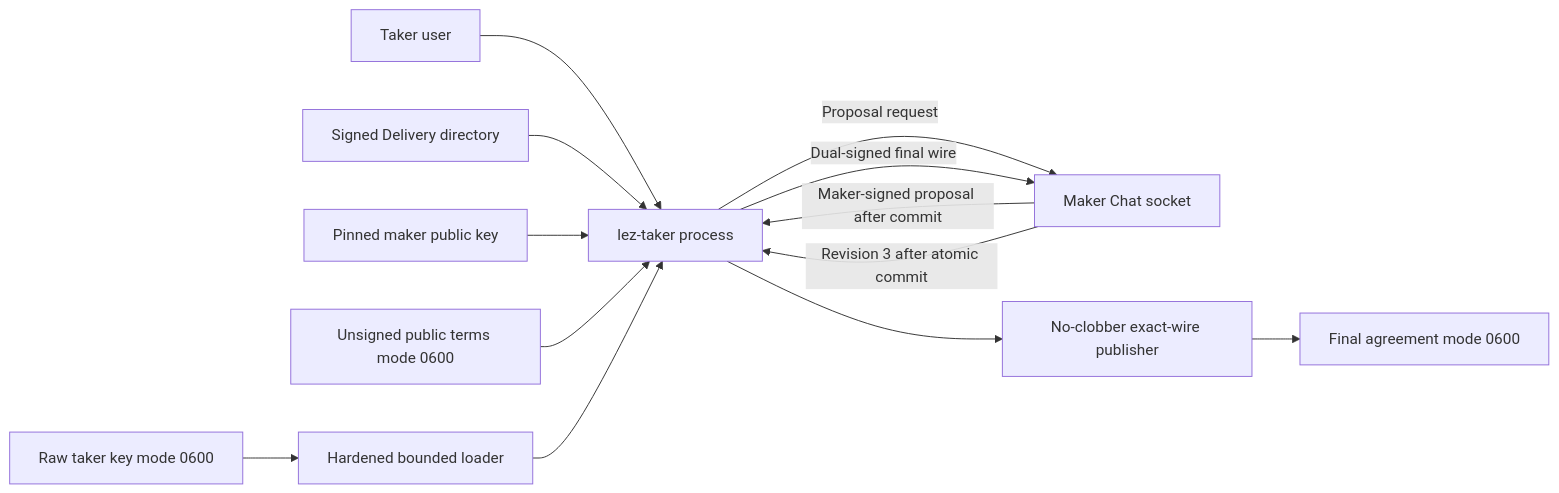
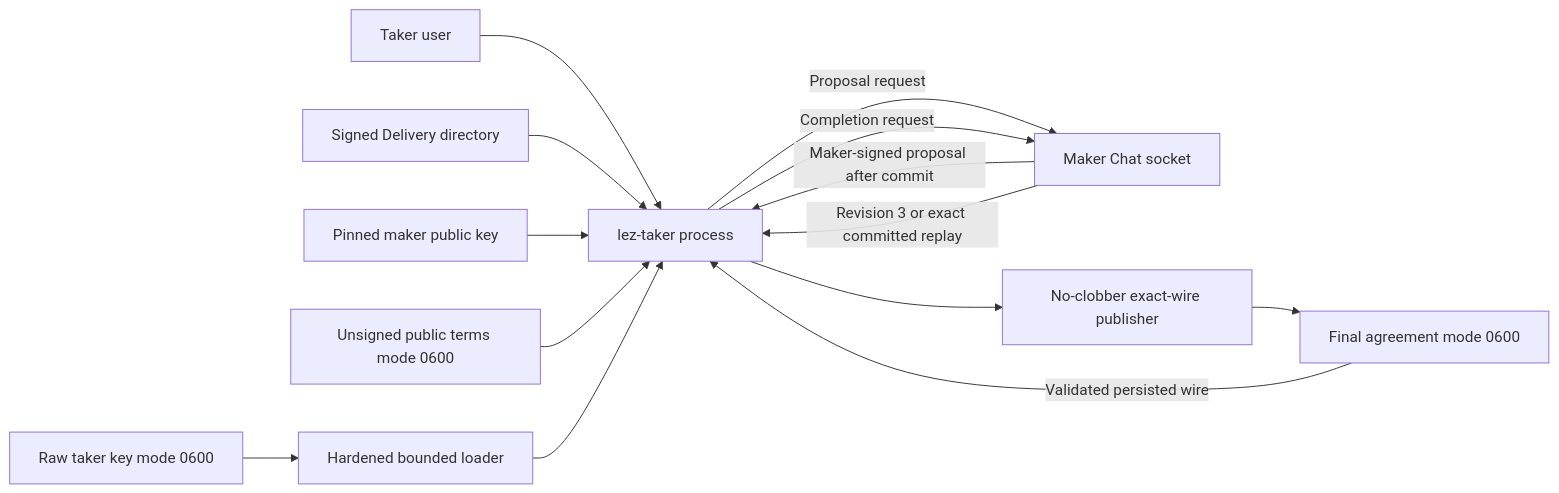
The first of 2 diagrams in docs/architecture/0092-let-the-taker-own-validation-and-countersigning.md (gateway-fm/lez-atomic-swaps), drawn with Mermaid before and after one commit. The commit also changed other lines of this file and 16 other files, not shown here.

Commit message:
feat(m5): replay committed ZEC acceptance after expiry

````diff
--- a/docs/architecture/0092-let-the-taker-own-validation-and-countersigning.md
+++ b/docs/architecture/0092-let-the-taker-own-validation-and-countersigning.md
@@ -44,15 +52,16 @@
 ```mermaid
 flowchart LR
     User[Taker user] --> CLI[lez-taker process]
     Delivery[Signed Delivery directory] --> CLI
     MakerPin[Pinned maker public key] --> CLI
     Draft[Unsigned public terms mode 0600] --> CLI
     TakerKey[Raw taker key mode 0600] --> Loader[Hardened bounded loader]
     Loader --> CLI
     CLI -->|Proposal request| Chat[Maker Chat socket]
     Chat -->|Maker-signed proposal after commit| CLI
-    CLI -->|Dual-signed final wire| Chat
-    Chat -->|Revision 3 after atomic commit| CLI
     CLI --> Publish[No-clobber exact-wire publisher]
     Publish --> Agreement[Final agreement mode 0600]
+    Agreement -->|Validated persisted wire| CLI
+    CLI -->|Completion request| Chat
+    Chat -->|Revision 3 or exact committed replay| CLI
 ```
````
